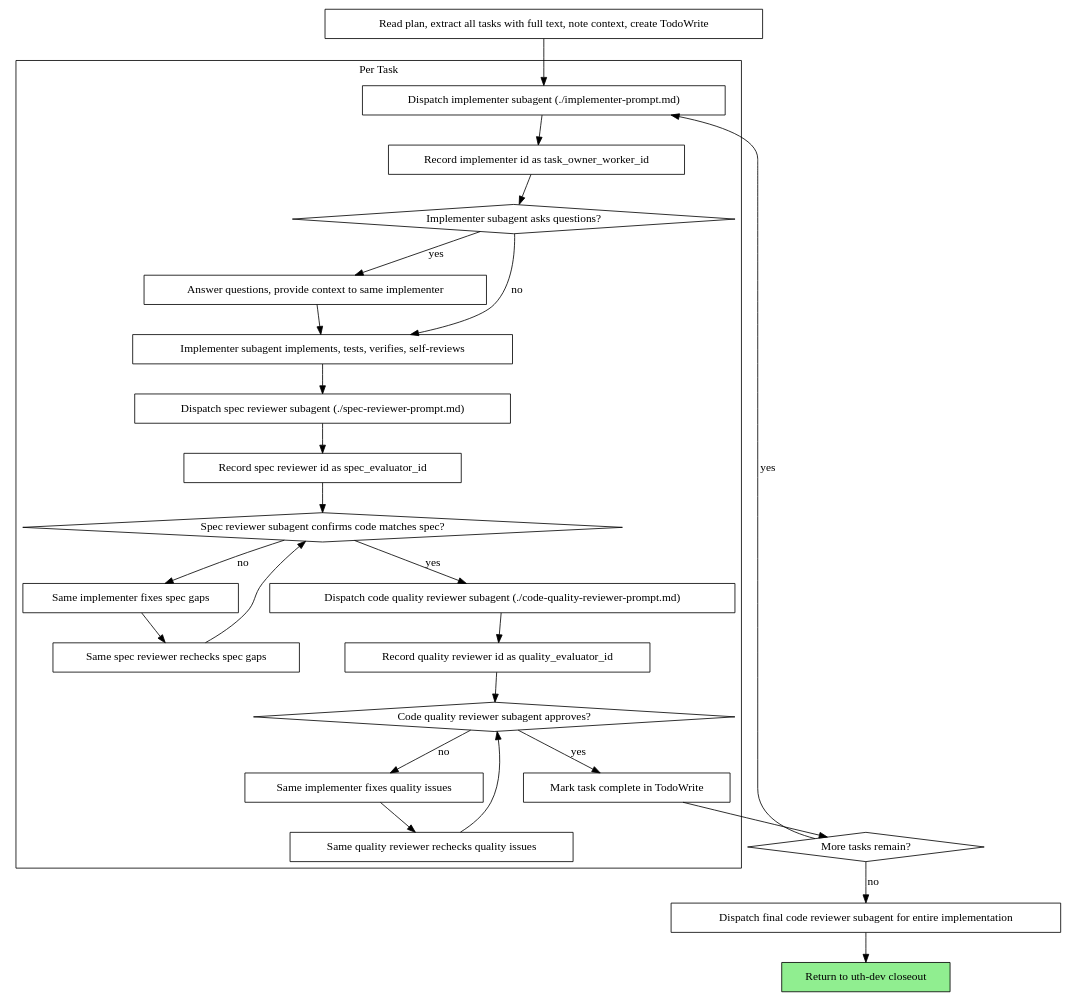
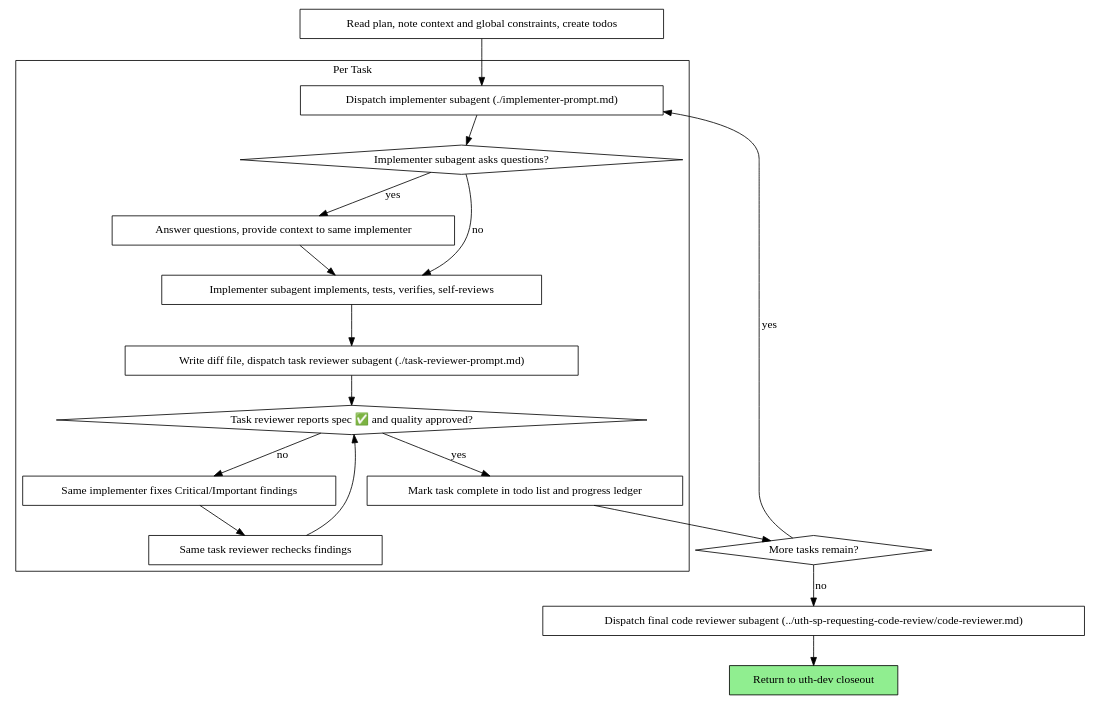
The second of 2 diagrams in skills/uth-sp-subagent-driven-development/SKILL.md (undertaker33/uth-governance), drawn with Graphviz before and after one commit. The commit also changed other lines of this file and 28 other files, not shown here.

````diff
--- a/skills/uth-sp-subagent-driven-development/SKILL.md
+++ b/skills/uth-sp-subagent-driven-development/SKILL.md
@@ -68,54 +76,39 @@
 ```dot
 digraph process {
     rankdir=TB;
 
     subgraph cluster_per_task {
         label="Per Task";
         "Dispatch implementer subagent (./implementer-prompt.md)" [shape=box];
-        "Record implementer id as task_owner_worker_id" [shape=box];
         "Implementer subagent asks questions?" [shape=diamond];
         "Answer questions, provide context to same implementer" [shape=box];
         "Implementer subagent implements, tests, verifies, self-reviews" [shape=box];
-        "Dispatch spec reviewer subagent (./spec-reviewer-prompt.md)" [shape=box];
-        "Record spec reviewer id as spec_evaluator_id" [shape=box];
-        "Spec reviewer subagent confirms code matches spec?" [shape=diamond];
-        "Same implementer fixes spec gaps" [shape=box];
-        "Same spec reviewer rechecks spec gaps" [shape=box];
-        "Dispatch code quality reviewer subagent (./code-quality-reviewer-prompt.md)" [shape=box];
-        "Record quality reviewer id as quality_evaluator_id" [shape=box];
-        "Code quality reviewer subagent approves?" [shape=diamond];
-        "Same implementer fixes quality issues" [shape=box];
-        "Same quality reviewer rechecks quality issues" [shape=box];
-        "Mark task complete in TodoWrite" [shape=box];
+        "Write diff file, dispatch task reviewer subagent (./task-reviewer-prompt.md)" [shape=box];
+        "Task reviewer reports spec ✅ and quality approved?" [shape=diamond];
+        "Same implementer fixes Critical/Important findings" [shape=box];
+        "Same task reviewer rechecks findings" [shape=box];
+        "Mark task complete in todo list and progress ledger" [shape=box];
     }
 
-    "Read plan, extract all tasks with full text, note context, create TodoWrite" [shape=box];
+    "Read plan, note context and global constraints, create todos" [shape=box];
     "More tasks remain?" [shape=diamond];
-    "Dispatch final code reviewer subagent for entire implementation" [shape=box];
+    "Dispatch final code reviewer subagent (../uth-sp-requesting-code-review/code-reviewer.md)" [shape=box];
     "Return to uth-dev closeout" [shape=box style=filled fillcolor=lightgreen];
 
-    "Read plan, extract all tasks with full text, note context, create TodoWrite" -> "Dispatch implementer subagent (./implementer-prompt.md)";
-    "Dispatch implementer subagent (./implementer-prompt.md)" -> "Record implementer id as task_owner_worker_id";
-    "Record implementer id as task_owner_worker_id" -> "Implementer subagent asks questions?";
+    "Read plan, note context and global constraints, create todos" -> "Dispatch implementer subagent (./implementer-prompt.md)";
+    "Dispatch implementer subagent (./implementer-prompt.md)" -> "Implementer subagent asks questions?";
     "Implementer subagent asks questions?" -> "Answer questions, provide context to same implementer" [label="yes"];
     "Answer questions, provide context to same implementer" -> "Implementer subagent implements, tests, verifies, self-reviews";
     "Implementer subagent asks questions?" -> "Implementer subagent implements, tests, verifies, self-reviews" [label="no"];
-    "Implementer subagent implements, tests, verifies, self-reviews" -> "Dispatch spec reviewer subagent (./spec-reviewer-prompt.md)";
-    "Dispatch spec reviewer subagent (./spec-reviewer-prompt.md)" -> "Record spec reviewer id as spec_evaluator_id";
-    "Record spec reviewer id as spec_evaluator_id" -> "Spec reviewer subagent confirms code matches spec?";
-    "Spec reviewer subagent confirms code matches spec?" -> "Same implementer fixes spec gaps" [label="no"];
-    "Same implementer fixes spec gaps" -> "Same spec reviewer rechecks spec gaps";
-    "Same spec reviewer rechecks spec gaps" -> "Spec reviewer subagent confirms code matches spec?";
-    "Spec reviewer subagent confirms code matches spec?" -> "Dispatch code quality reviewer subagent (./code-quality-reviewer-prompt.md)" [label="yes"];
-    "Dispatch code quality reviewer subagent (./code-quality-reviewer-prompt.md)" -> "Record quality reviewer id as quality_evaluator_id";
-    "Record quality reviewer id as quality_evaluator_id" -> "Code quality reviewer subagent approves?";
-    "Code quality reviewer subagent approves?" -> "Same implementer fixes quality issues" [label="no"];
-    "Same implementer fixes quality issues" -> "Same quality reviewer rechecks quality issues";
-    "Same quality reviewer rechecks quality issues" -> "Code quality reviewer subagent approves?";
-    "Code quality reviewer subagent approves?" -> "Mark task complete in TodoWrite" [label="yes"];
-    "Mark task complete in TodoWrite" -> "More tasks remain?";
+    "Implementer subagent implements, tests, verifies, self-reviews" -> "Write diff file, dispatch task reviewer subagent (./task-reviewer-prompt.md)";
+    "Write diff file, dispatch task reviewer subagent (./task-reviewer-prompt.md)" -> "Task reviewer reports spec ✅ and quality approved?";
+    "Task reviewer reports spec ✅ and quality approved?" -> "Same implementer fixes Critical/Important findings" [label="no"];
+    "Same implementer fixes Critical/Important findings" -> "Same task reviewer rechecks findings";
+    "Same task reviewer rechecks findings" -> "Task reviewer reports spec ✅ and quality approved?";
+    "Task reviewer reports spec ✅ and quality approved?" -> "Mark task complete in todo list and progress ledger" [label="yes"];
+    "Mark task complete in todo list and progress ledger" -> "More tasks remain?";
     "More tasks remain?" -> "Dispatch implementer subagent (./implementer-prompt.md)" [label="yes"];
-    "More tasks remain?" -> "Dispatch final code reviewer subagent for entire implementation" [label="no"];
-    "Dispatch final code reviewer subagent for entire implementation" -> "Return to uth-dev closeout";
+    "More tasks remain?" -> "Dispatch final code reviewer subagent (../uth-sp-requesting-code-review/code-reviewer.md)" [label="no"];
+    "Dispatch final code reviewer subagent (../uth-sp-requesting-code-review/code-reviewer.md)" -> "Return to uth-dev closeout";
 }
 ```
````
